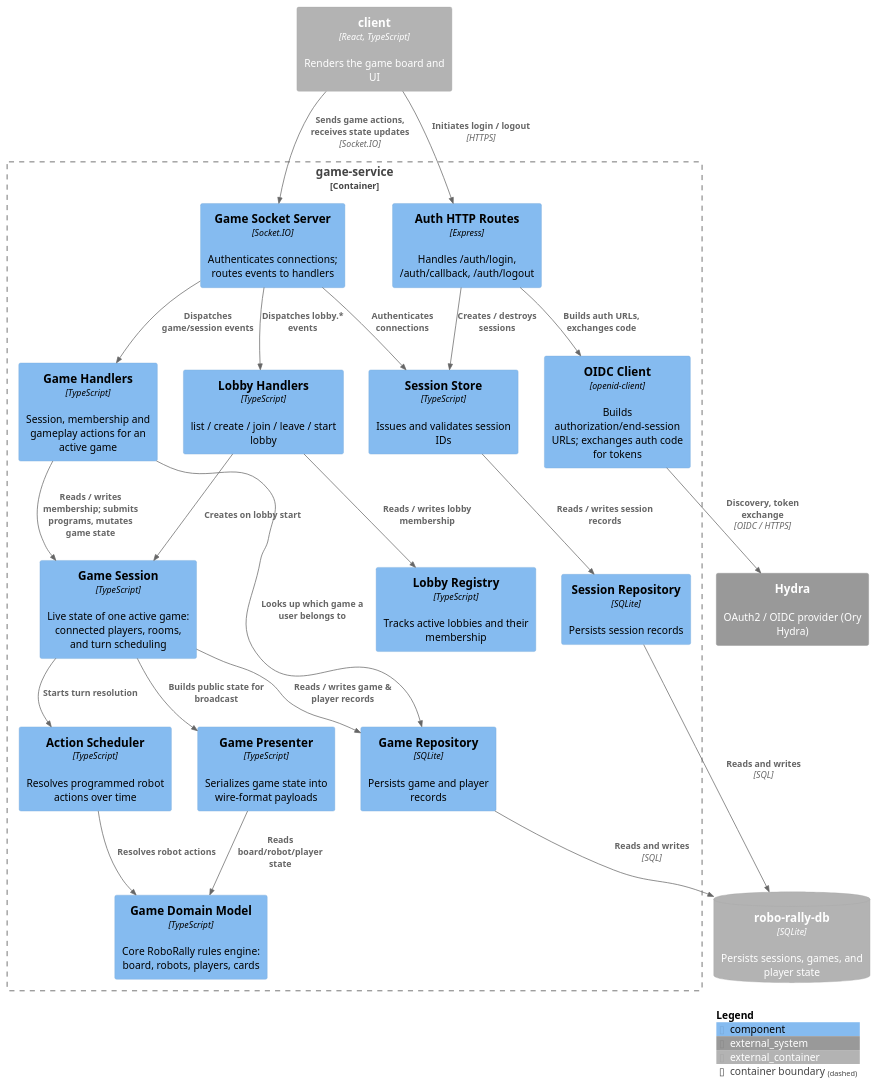
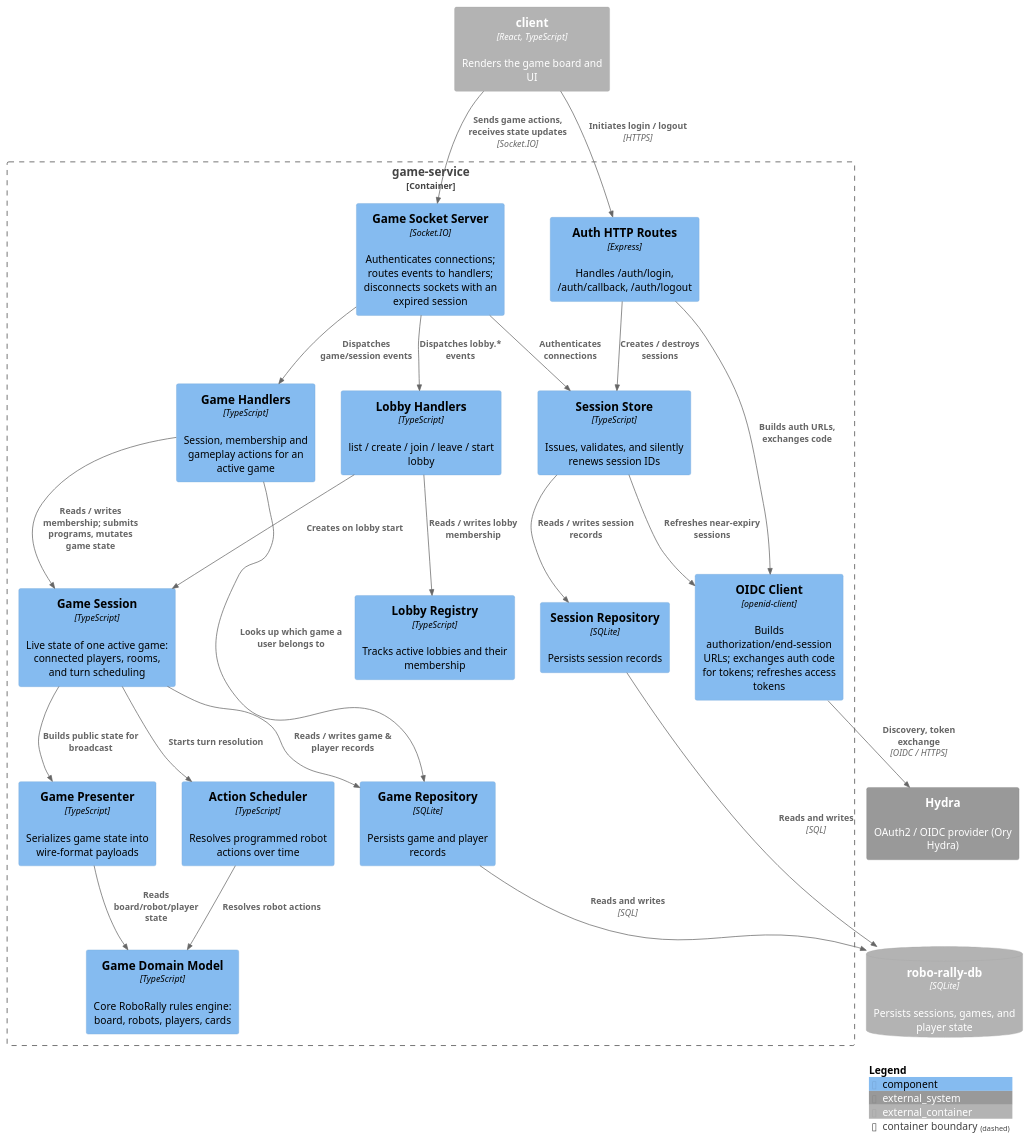
Before and after one commit to hananinas/RoboRally: the diagram in docs/architecture/component-combined.puml, drawn with PlantUML. The commit also changed 13 other files, not shown here.

```diff
--- a/docs/architecture/component-combined.puml
+++ b/docs/architecture/component-combined.puml
@@ -1,54 +1,55 @@
 @startuml component-combined
 !include C4_Component.puml
 
 LAYOUT_WITH_LEGEND()
 
 Container_Ext(client, "client", "React, TypeScript", "Renders the game board and UI")
 System_Ext(hydra, "Hydra", "OAuth2 / OIDC provider (Ory Hydra)")
 ContainerDb_Ext(gameDb, "robo-rally-db", "SQLite", "Persists sessions, games, and player state")
 
 Container_Boundary(gameService, "game-service") {
     Component(authRoutes, "Auth HTTP Routes", "Express", "Handles /auth/login, /auth/callback, /auth/logout")
-    Component(oidcClient, "OIDC Client", "openid-client", "Builds authorization/end-session URLs; exchanges auth code for tokens")
-    Component(sessionStore, "Session Store", "TypeScript", "Issues and validates session IDs")
+    Component(oidcClient, "OIDC Client", "openid-client", "Builds authorization/end-session URLs; exchanges auth code for tokens; refreshes access tokens")
+    Component(sessionStore, "Session Store", "TypeScript", "Issues, validates, and silently renews session IDs")
     Component(sessionRepo, "Session Repository", "SQLite", "Persists session records")
 
-    Component(gameSocketServer, "Game Socket Server", "Socket.IO", "Authenticates connections; routes events to handlers")
+    Component(gameSocketServer, "Game Socket Server", "Socket.IO", "Authenticates connections; routes events to handlers; disconnects sockets with an expired session")
     Component(lobbyHandlers, "Lobby Handlers", "TypeScript", "list / create / join / leave / start lobby")
     Component(gameHandlers, "Game Handlers", "TypeScript", "Session, membership and gameplay actions for an active game")
     Component(lobbyRegistry, "Lobby Registry", "TypeScript", "Tracks active lobbies and their membership")
     Component(gameSession, "Game Session", "TypeScript", "Live state of one active game: connected players, rooms, and turn scheduling")
     Component(gameRepo, "Game Repository", "SQLite", "Persists game and player records")
     Component(actionScheduler, "Action Scheduler", "TypeScript", "Resolves programmed robot actions over time")
     Component(gamePresenter, "Game Presenter", "TypeScript", "Serializes game state into wire-format payloads")
     Component(gameDomain, "Game Domain Model", "TypeScript", "Core RoboRally rules engine: board, robots, players, cards")
 }
 
 Rel(client, authRoutes, "Initiates login / logout", "HTTPS")
 Rel(client, gameSocketServer, "Sends game actions, receives state updates", "Socket.IO")
 
 Rel(authRoutes, oidcClient, "Builds auth URLs, exchanges code")
 Rel(authRoutes, sessionStore, "Creates / destroys sessions")
 Rel(oidcClient, hydra, "Discovery, token exchange", "OIDC / HTTPS")
 Rel(sessionStore, sessionRepo, "Reads / writes session records")
+Rel(sessionStore, oidcClient, "Refreshes near-expiry sessions")
 Rel(sessionRepo, gameDb, "Reads and writes", "SQL")
 
 Rel(gameSocketServer, sessionStore, "Authenticates connections")
 Rel(gameSocketServer, lobbyHandlers, "Dispatches lobby.* events")
 Rel(gameSocketServer, gameHandlers, "Dispatches game/session events")
 
 Rel(lobbyHandlers, lobbyRegistry, "Reads / writes lobby membership")
 Rel(lobbyHandlers, gameSession, "Creates on lobby start")
 
 Rel(gameHandlers, gameRepo, "Looks up which game a user belongs to")
 Rel(gameHandlers, gameSession, "Reads / writes membership; submits programs, mutates game state")
 Rel(gameSession, gameRepo, "Reads / writes game & player records")
 Rel(gameRepo, gameDb, "Reads and writes", "SQL")
 
 Rel(gameSession, actionScheduler, "Starts turn resolution")
 Rel(actionScheduler, gameDomain, "Resolves robot actions")
 Rel(gameSession, gamePresenter, "Builds public state for broadcast")
 Rel(gamePresenter, gameDomain, "Reads board/robot/player state")
 
 SHOW_LEGEND()
 @enduml
```
